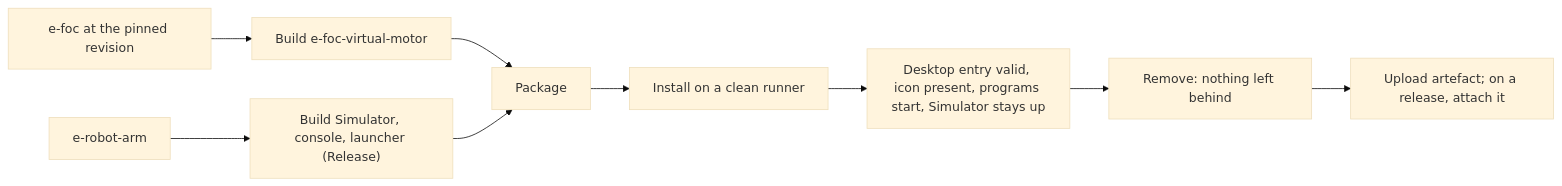
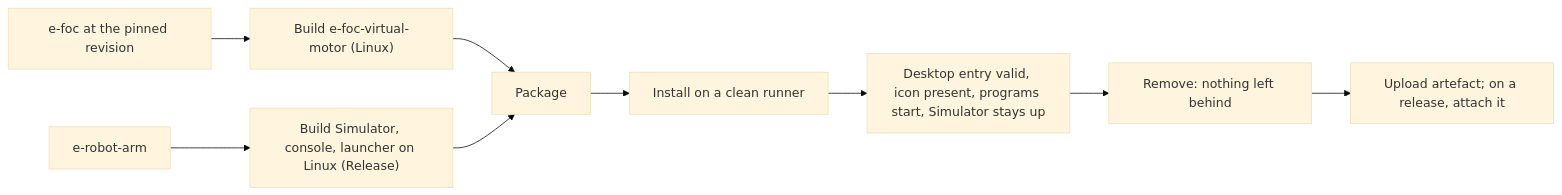
One commit to embedded-pro/e-robot-arm changed the diagram in documentation/design/tool-installers.md. Above: the diagram before and after it, drawn with Mermaid (base theme). The commit also changed other lines of this file and 2 other files, not shown here.

First line of the commit message:
build: Windows setup for the Simulator and console

````diff
--- a/documentation/design/tool-installers.md
+++ b/documentation/design/tool-installers.md
@@ -76,11 +81,11 @@
 ```mermaid
 flowchart LR
-    E["e-foc at the pinned revision"] --> V["Build e-foc-virtual-motor"]
-    R["e-robot-arm"] --> B["Build Simulator, console, launcher (Release)"]
+    E["e-foc at the pinned revision"] --> V["Build e-foc-virtual-motor (Linux)"]
+    R["e-robot-arm"] --> B["Build Simulator, console, launcher on Linux (Release)"]
     V --> P["Package"]
     B --> P
     P --> I["Install on a clean runner"]
     I --> S["Desktop entry valid, icon present, programs start, Simulator stays up"]
     S --> U["Remove: nothing left behind"]
     U --> A["Upload artefact; on a release, attach it"]
 ```
````
